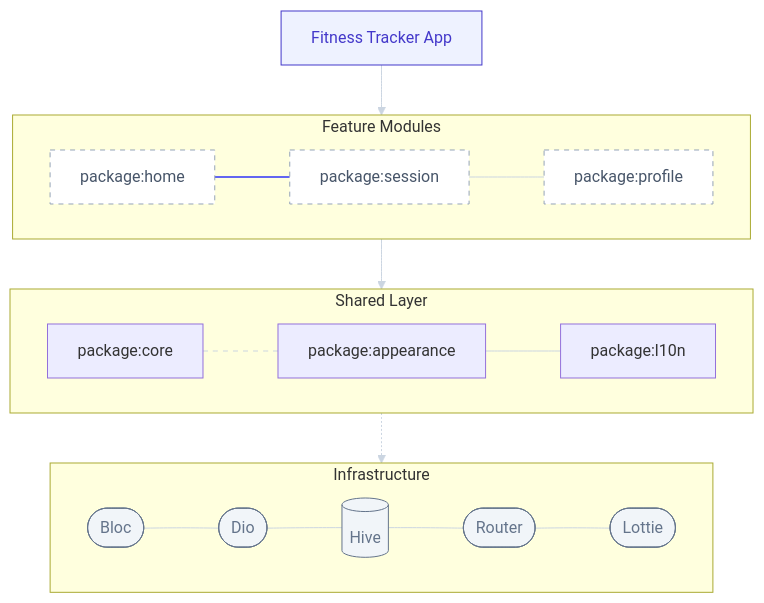
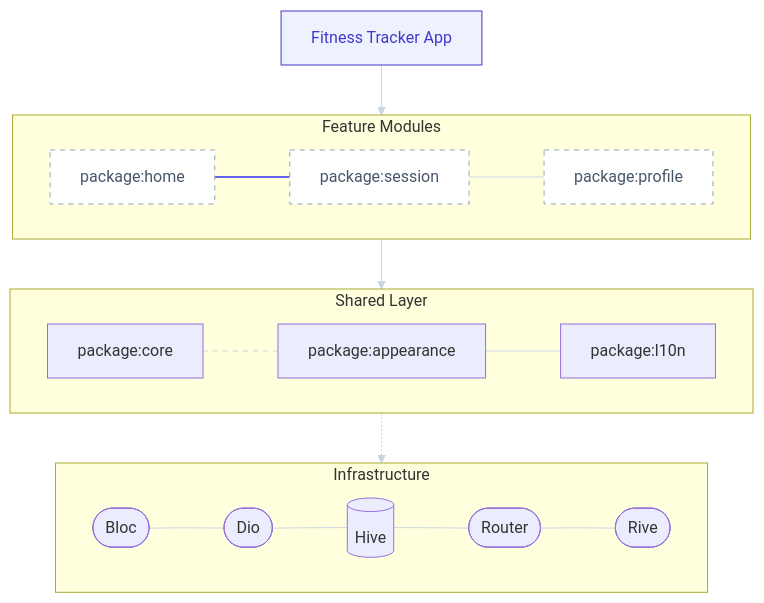
Before and after one commit to dinmukhamednurkaliyev/fitness_tracker: the diagram in README.md, drawn with Mermaid.

Commit message:
docs: update architecture diagram and fix technology styles

````diff
--- a/README.md
+++ b/README.md
@@ -66,33 +66,33 @@
 ```mermaid
 graph TD
     %% Modern Compact Styles
     classDef app fill:#eef2ff,stroke:#4338ca,stroke-width:1px,color:#4338ca;
     classDef feature fill:#ffffff,stroke:#94a3b8,stroke-width:1px,color:#475569,stroke-dasharray: 5 5;
     classDef pkg fill:#f8fafc,stroke:#1e293b,stroke-width:1px,color:#1e293b;
     classDef tech fill:#f1f5f9,stroke:#64748b,stroke-width:1px,color:#64748b;
 
     EntryPoint[Fitness Tracker App]:::app
 
     subgraph Features [Feature Modules]
         direction LR
         F1[package:home]:::feature --- F2[package:session]:::feature --- F3[package:profile]:::feature
     end
 
     subgraph Shared [Shared Layer]
         direction LR
         S1[package:core]:::package --- S2[package:appearance]:::package --- S3[package:l10n]:::package
     end
 
     subgraph Infrastructure [Infrastructure]
         direction LR
-        I1([Bloc]):::tech --- I2([Dio]):::tech --- I3[(Hive)]:::tech --- I4([Router]):::tech --- I5([Lottie]):::tech
+        I1([Bloc]):::technology --- I2([Dio]):::technology --- I3[(Hive)]:::technology --- I4([Router]):::technology --- I5([Rive]):::technology
     end
 
     EntryPoint --> Features
     Features --> Shared
     Shared -.-> Infrastructure
 
     linkStyle default stroke:#cbd5e1,stroke-width:1px;
     linkStyle 0 stroke:#6366f1,stroke-width:2px;
     linkStyle 2 stroke:#cbd5e1,stroke-width:1px,stroke-dasharray: 5 5;
 ```
````
